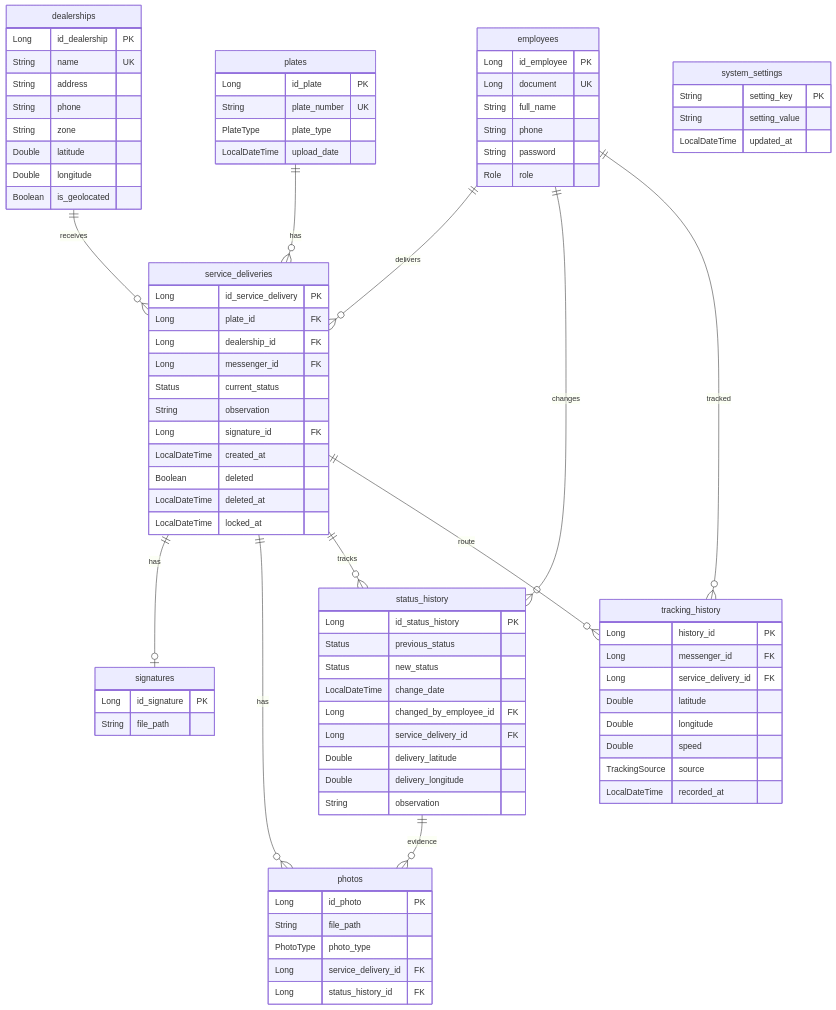
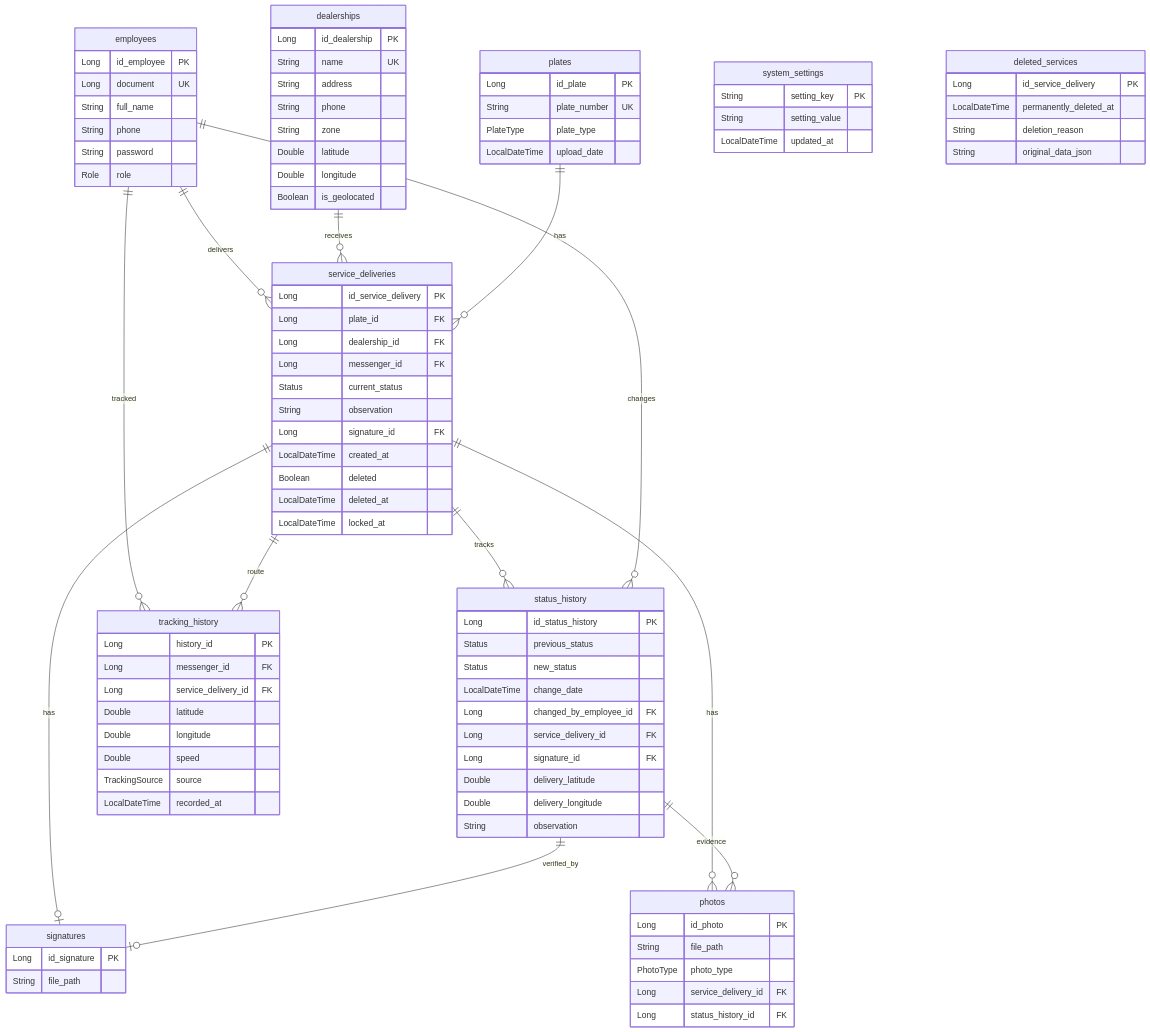
Before and after one commit to fttmatteo/messenger-backend: the second of 3 diagrams in README.es.md, drawn with Mermaid. The commit also changed 1 other file, not shown here.

Commit message:
docs: actualizar diagrama ER del esquema de base de datos

````diff
--- a/README.es.md
+++ b/README.es.md
@@ -424,6 +424,7 @@
         LocalDateTime change_date
         Long changed_by_employee_id FK
         Long service_delivery_id FK
+        Long signature_id FK
         Double delivery_latitude
         Double delivery_longitude
         String observation
@@ -445,6 +446,13 @@
         String setting_value
         LocalDateTime updated_at
     }
+
+    deleted_services {
+        Long id_service_delivery PK
+        LocalDateTime permanently_deleted_at
+        String deletion_reason
+        String original_data_json
+    }
     
     employees ||--o{ service_deliveries : "delivers"
     dealerships ||--o{ service_deliveries : "receives"
@@ -454,6 +462,7 @@
     service_deliveries ||--o{ status_history : "tracks"
     employees ||--o{ status_history : "changes"
     status_history ||--o{ photos : "evidence"
+    status_history ||--o| signatures : "verified_by"
     employees ||--o{ tracking_history : "tracked"
     service_deliveries ||--o{ tracking_history : "route"
 ```
````
